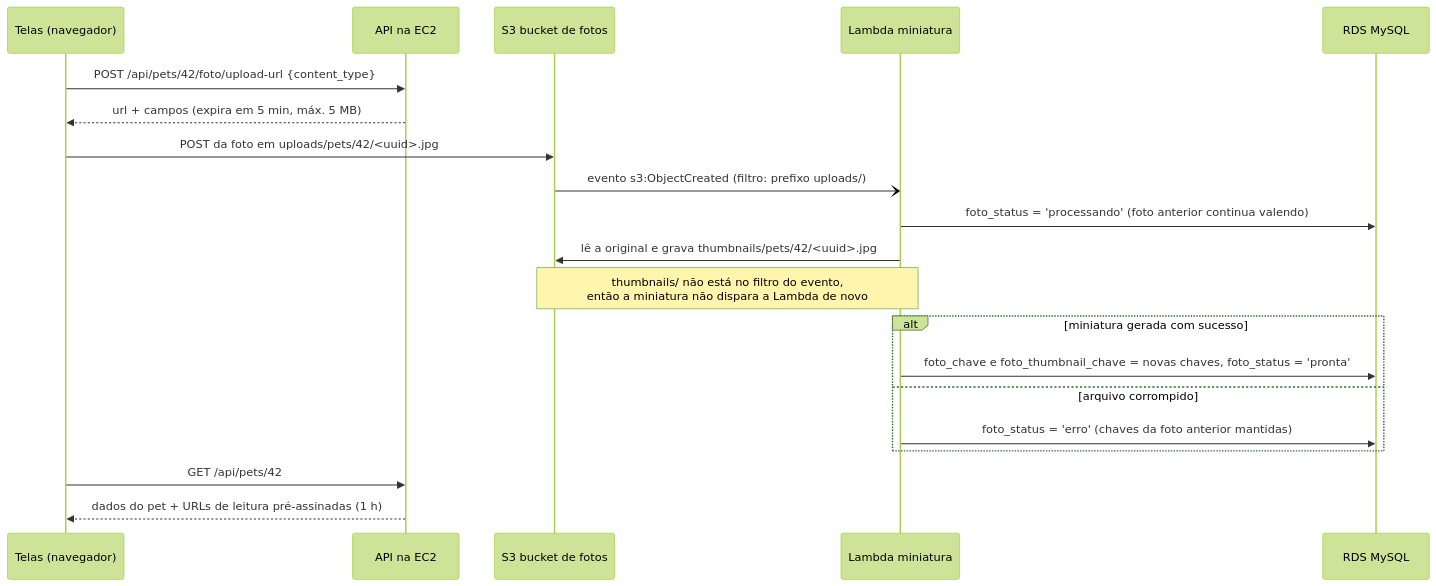
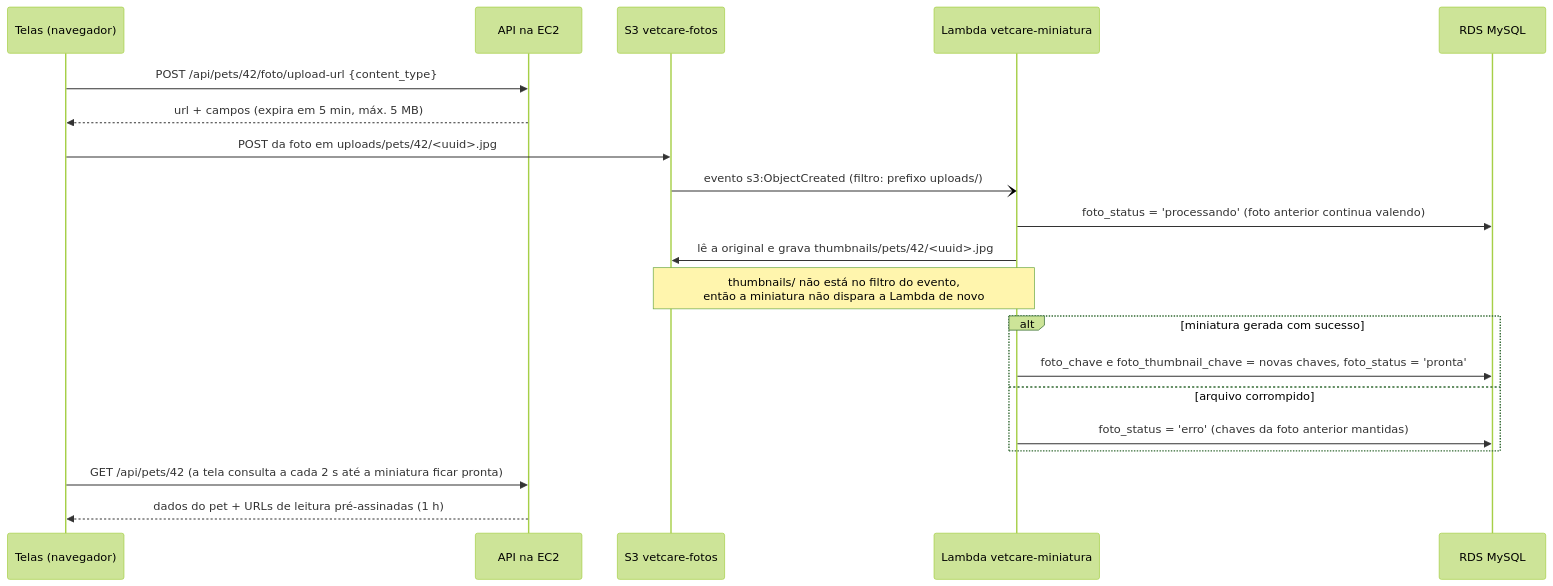
Before and after one commit to AnaBeatrizOliver/Projeto-de-Nuvem-: the second of 3 diagrams in specs/design.md, drawn with Mermaid (forest theme). The commit also changed other lines of this file and 16 other files, not shown here.

````diff
--- a/specs/design.md
+++ b/specs/design.md
@@ -81,23 +84,23 @@
 ```mermaid
 sequenceDiagram
     participant F as Telas (navegador)
     participant A as API na EC2
-    participant S as S3 bucket de fotos
-    participant T as Lambda miniatura
+    participant S as S3 vetcare-fotos
+    participant T as Lambda vetcare-miniatura
     participant D as RDS MySQL
 
     F->>A: POST /api/pets/42/foto/upload-url {content_type}
     A-->>F: url + campos (expira em 5 min, máx. 5 MB)
     F->>S: POST da foto em uploads/pets/42/<uuid>.jpg
     S-)T: evento s3:ObjectCreated (filtro: prefixo uploads/)
     T->>D: foto_status = 'processando' (foto anterior continua valendo)
     T->>S: lê a original e grava thumbnails/pets/42/<uuid>.jpg
     Note over S,T: thumbnails/ não está no filtro do evento,<br/>então a miniatura não dispara a Lambda de novo
     alt miniatura gerada com sucesso
         T->>D: foto_chave e foto_thumbnail_chave = novas chaves, foto_status = 'pronta'
     else arquivo corrompido
         T->>D: foto_status = 'erro' (chaves da foto anterior mantidas)
     end
-    F->>A: GET /api/pets/42
+    F->>A: GET /api/pets/42 (a tela consulta a cada 2 s até a miniatura ficar pronta)
     A-->>F: dados do pet + URLs de leitura pré-assinadas (1 h)
 ```
````
